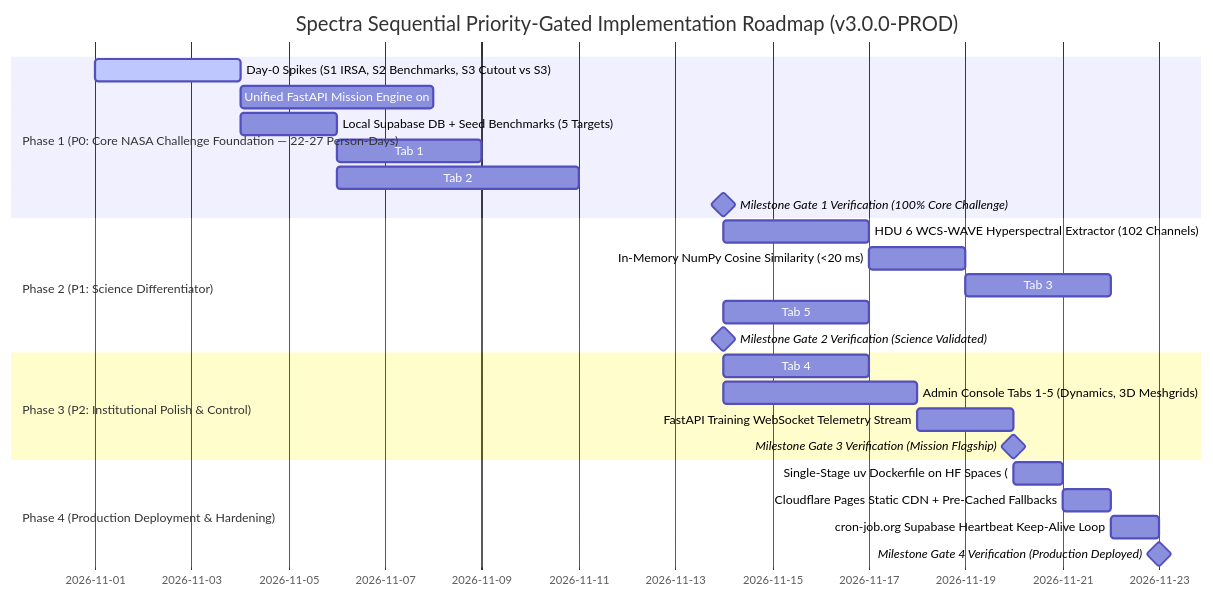
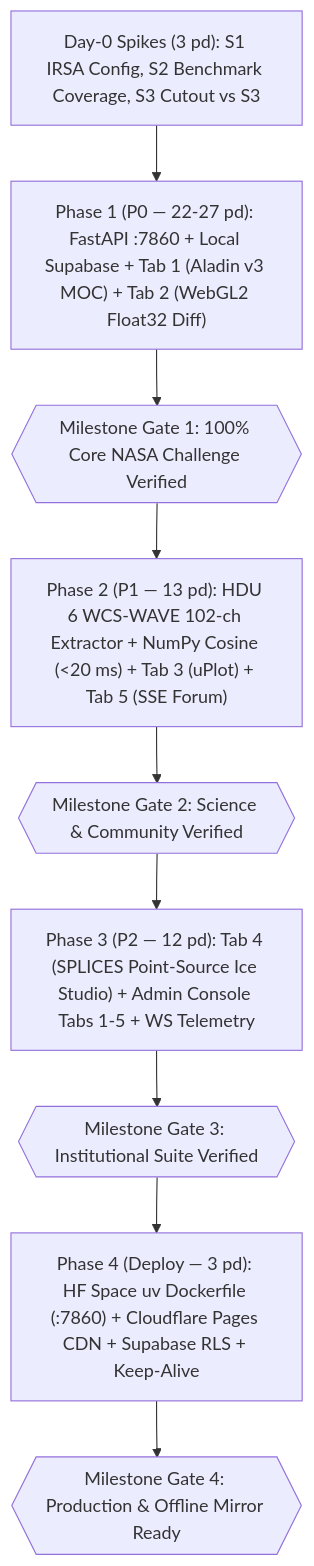
Before and after one commit to Amonochuka/Spectra: the fourth of 5 diagrams in SPECIFICATION.md, drawn with Mermaid. The commit also changed other lines of this file and 6 other files, not shown here.

````diff
--- a/SPECIFICATION.md
+++ b/SPECIFICATION.md
@@ -2007,28 +2010,14 @@
 ```mermaid
-gantt
-    title Spectra Sequential Priority-Gated Implementation Roadmap (v3.0.0-PROD)
-    dateFormat  YYYY-MM-DD
-    section Phase 1 (P0: Core NASA Challenge Foundation — 22-27 Person-Days)
-    Day-0 Spikes (S1 IRSA, S2 Benchmarks, S3 Cutout vs S3):active, p0_spike, 2026-11-01, 3d
-    Unified FastAPI Mission Engine on :7860 (uv + asyncpg):p1_1, after p0_spike, 4d
-    Local Supabase DB + Seed Benchmarks (5 Targets)       :p1_2, after p1_1, 2d
-    Tab 1: Aladin Lite v3 WebGL2 Celestial Navigator      :p1_3, after p1_2, 3d
-    Tab 2: Float32 WebGL2 Comparator + Asinh + Diff Mode  :p1_4, after p1_3, 5d
-    Milestone Gate 1 Verification (100% Core Challenge)   :milestone, m1, after p1_4, 0d
-    section Phase 2 (P1: Science Differentiator)
-    HDU 6 WCS-WAVE Hyperspectral Extractor (102 Channels) :p2_1, after m1, 3d
-    In-Memory NumPy Cosine Similarity (<20 ms)            :p2_2, after p2_1, 2d
-    Tab 3: Spectrophotometric Lab (uPlot 60 FPS)          :p2_3, after p2_2, 3d
-    Tab 5: Observation Discussions + FastAPI SSE Feed     :p2_4, after p2_3, 3d
-    Milestone Gate 2 Verification (Science Validated)     :milestone, m2, after p2_4, 0d
-    section Phase 3 (P2: Institutional Polish & Control)
-    Tab 4: Point-Source Ice Studio (SPLICES A-Values)     :p3_1, after m2, 3d
-    Admin Console Tabs 1-5 (Dynamics, 3D Meshgrids)       :p3_2, after p3_1, 4d
-    FastAPI Training WebSocket Telemetry Stream           :p3_3, after p3_2, 2d
-    Milestone Gate 3 Verification (Mission Flagship)      :milestone, m3, after p3_3, 0d
-    section Phase 4 (Production Deployment & Hardening)
-    Single-Stage uv Dockerfile on HF Spaces (:7860)       :p4_1, after m3, 1d
-    Cloudflare Pages Static CDN + Pre-Cached Fallbacks    :p4_2, after p4_1, 1d
-    cron-job.org Supabase Heartbeat Keep-Alive Loop       :p4_3, after p4_2, 1d
-    Milestone Gate 4 Verification (Production Deployed)   :milestone, m4, after p4_3, 0d
+flowchart TD
+    Spike["Day-0 Spikes (3 pd): S1 IRSA Config, S2 Benchmark Coverage, S3 Cutout vs S3"]
+    P1["Phase 1 (P0 — 22-27 pd): FastAPI :7860 + Local Supabase + Tab 1 (Aladin v3 MOC) + Tab 2 (WebGL2 Float32 Diff)"]
+    G1{{"Milestone Gate 1: 100% Core NASA Challenge Verified"}}
+    P2["Phase 2 (P1 — 13 pd): HDU 6 WCS-WAVE 102-ch Extractor + NumPy Cosine (<20 ms) + Tab 3 (uPlot) + Tab 5 (SSE Forum)"]
+    G2{{"Milestone Gate 2: Science & Community Verified"}}
+    P3["Phase 3 (P2 — 12 pd): Tab 4 (SPLICES Point-Source Ice Studio) + Admin Console Tabs 1-5 + WS Telemetry"]
+    G3{{"Milestone Gate 3: Institutional Suite Verified"}}
+    P4["Phase 4 (Deploy — 3 pd): HF Space uv Dockerfile (:7860) + Cloudflare Pages CDN + Supabase RLS + Keep-Alive"]
+    G4{{"Milestone Gate 4: Production & Offline Mirror Ready"}}
+
+    Spike --> P1 --> G1 --> P2 --> G2 --> P3 --> G3 --> P4 --> G4
 ```
````
